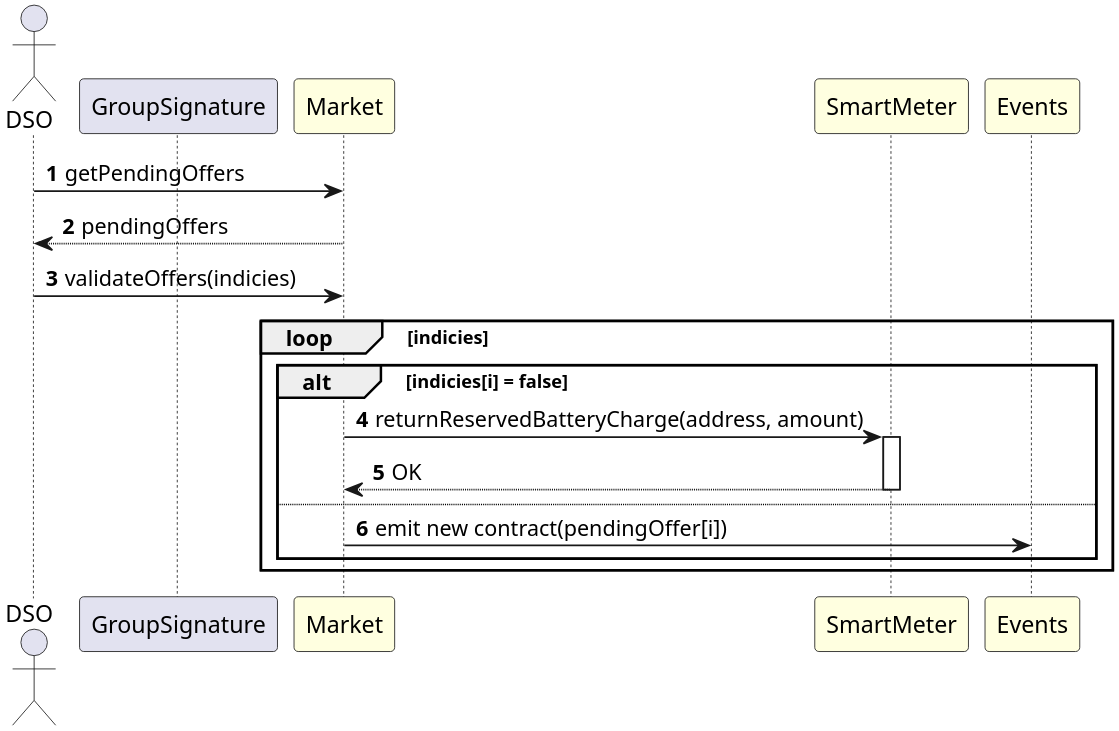
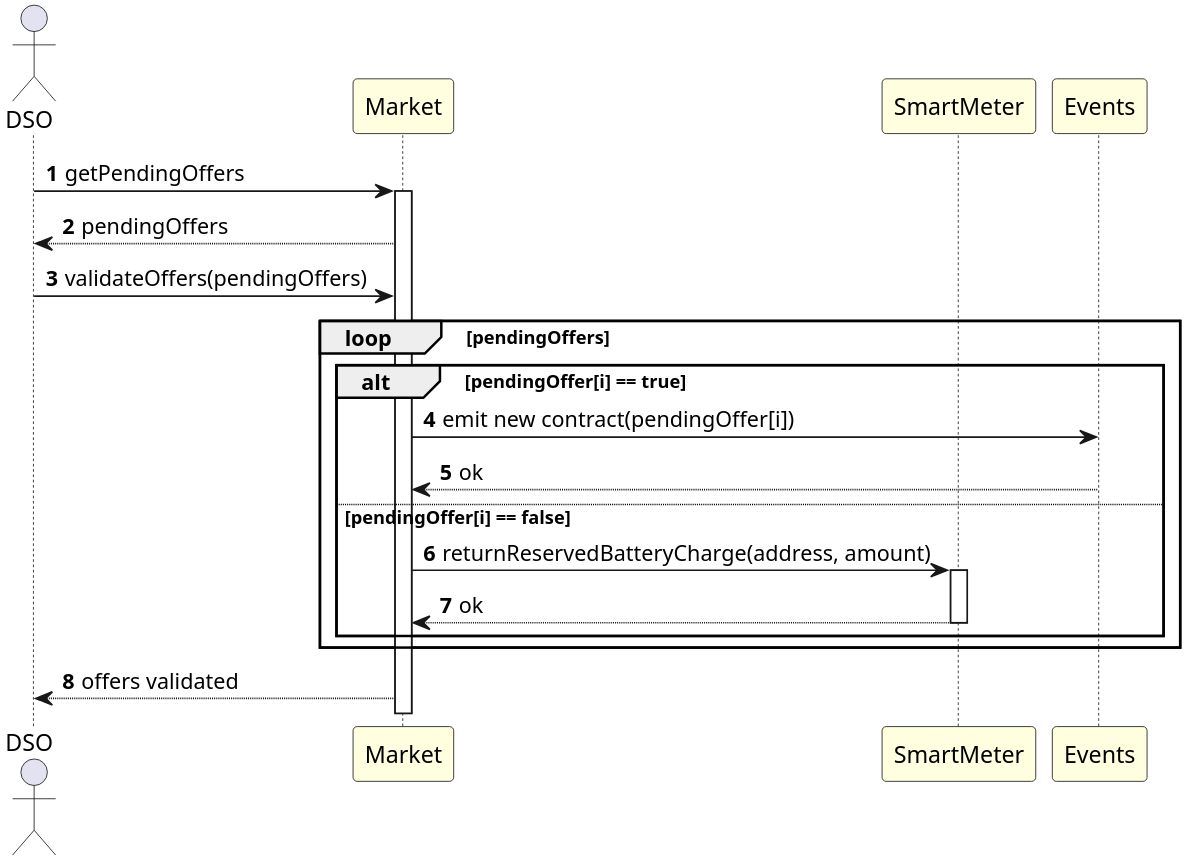
One commit to antonoeschmidt/SmartGridEmpowered changed the diagram in docs/SequenceDiagrams/validateOffers.puml. Above: the diagram before and after it, drawn with PlantUML. The commit also changed 1 other file, not shown here.

```diff
--- a/docs/SequenceDiagrams/validateOffers.puml
+++ b/docs/SequenceDiagrams/validateOffers.puml
@@ -1,24 +1,24 @@
 @startuml BuyOffer
 actor DSO
-participant GroupSignature
 participant Market #LightYellow
 participant SmartMeter #LightYellow
 participant Events #LightYellow 
 
 skinparam dpi 300
 
 autonumber
 
-DSO -> Market: getPendingOffers
+DSO -> Market++: getPendingOffers
 Market --> DSO: pendingOffers
-DSO -> Market: validateOffers(indicies)
-loop indicies
-alt indicies[i] = false
+DSO -> Market: validateOffers(pendingOffers)
+loop pendingOffers
+alt pendingOffer[i] == true
+Market -> Events: emit new contract(pendingOffer[i])
+Events --> Market: ok
+else pendingOffer[i] == false
 Market -> SmartMeter ++: returnReservedBatteryCharge(address, amount)
-SmartMeter --> Market --: OK
-else
-Market -> Events: emit new contract(pendingOffer[i])
+SmartMeter --> Market --: ok
 end
 end
-
+Market --> DSO: offers validated
 @enduml
```
